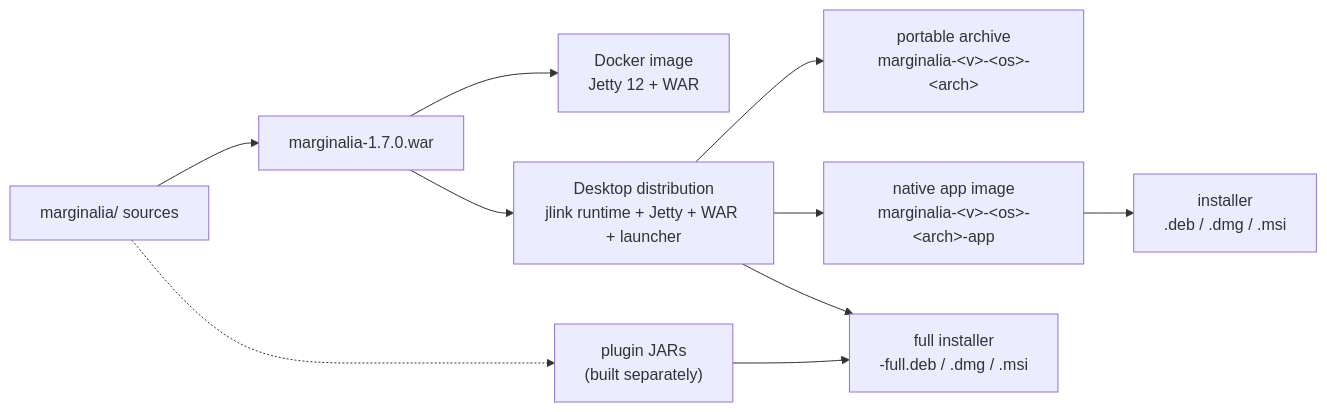
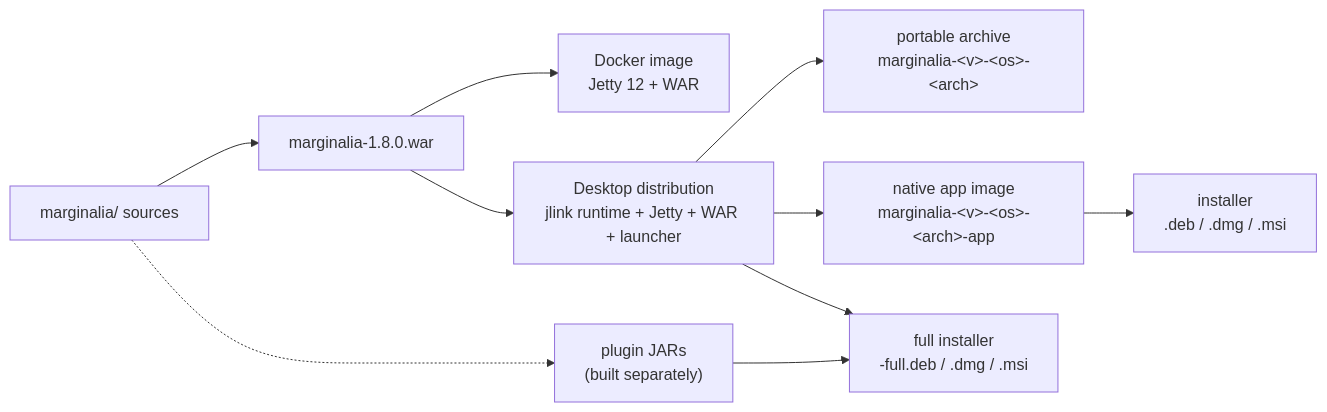
One commit to Enerccio/Marginalia changed the first of 3 diagrams in manual/developer/packaging.md. Above: the diagram before and after it, drawn with Mermaid. The commit also changed other lines of this file and 52 other files, not shown here.

````diff
--- a/manual/developer/packaging.md
+++ b/manual/developer/packaging.md
@@ -26,12 +26,12 @@
 ```mermaid
 flowchart LR
-    src["marginalia/ sources"] --> war["marginalia-1.7.0.war"]
+    src["marginalia/ sources"] --> war["marginalia-1.8.0.war"]
     war --> docker["Docker image<br/>Jetty 12 + WAR"]
     war --> desktop["Desktop distribution<br/>jlink runtime + Jetty + WAR + launcher"]
     desktop --> portable["portable archive<br/>marginalia-&lt;v&gt;-&lt;os&gt;-&lt;arch&gt;"]
     desktop --> appimage["native app image<br/>marginalia-&lt;v&gt;-&lt;os&gt;-&lt;arch&gt;-app"]
     appimage --> installer["installer<br/>.deb / .dmg / .msi"]
     plugins["plugin JARs"] --> full["full installer<br/>-full.deb / .dmg / .msi"]
     desktop --> full
     src -.-> plugins["plugin JARs<br/>(built separately)"]
 ```
````
